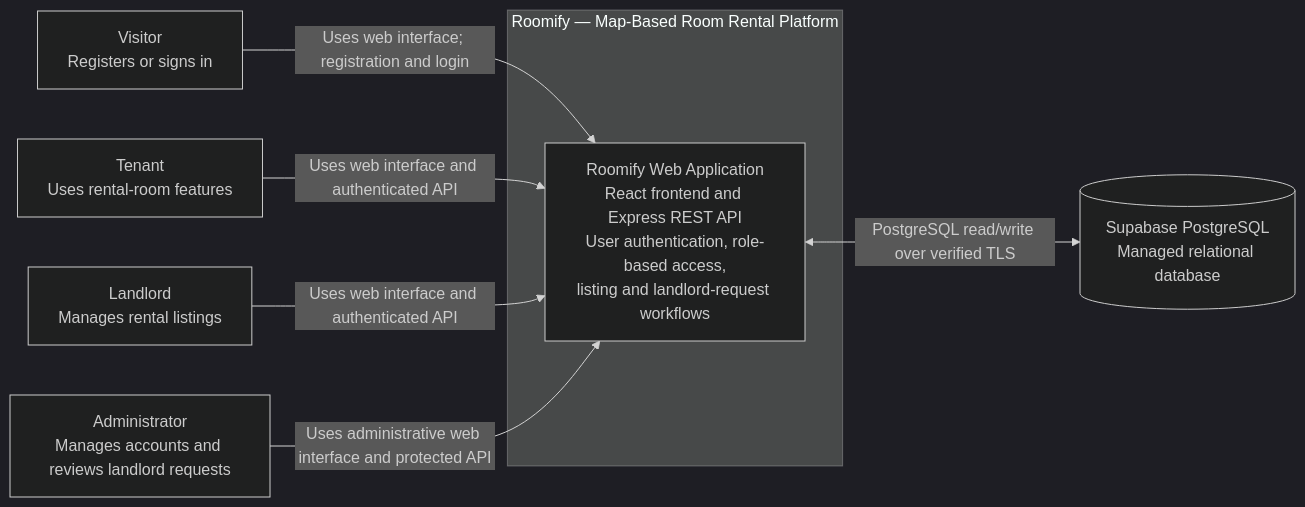
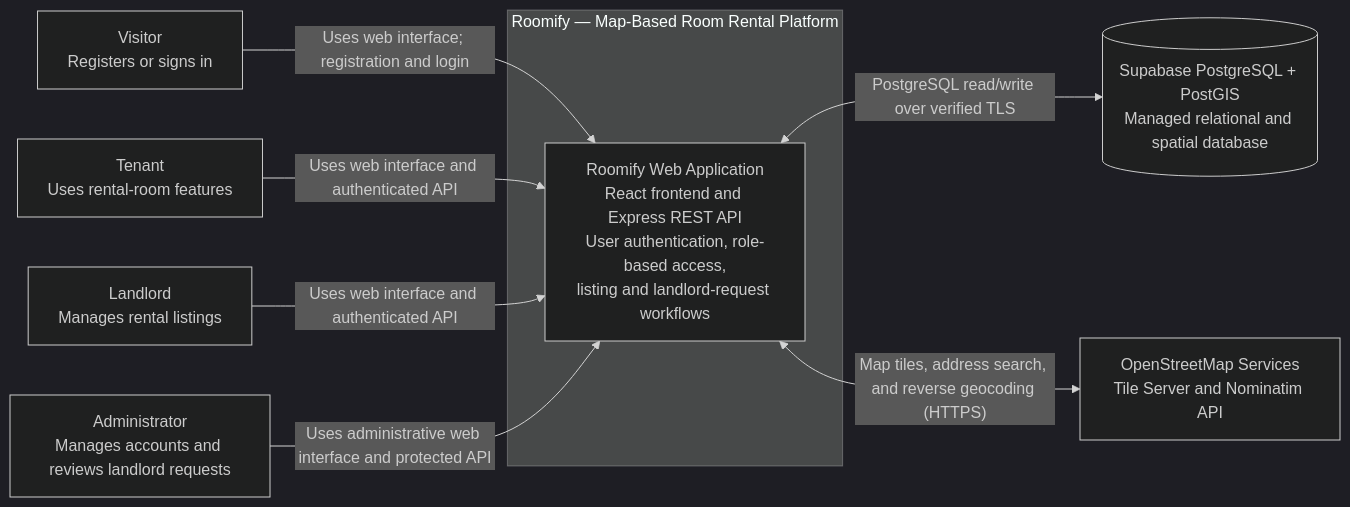
The first of 5 diagrams in docs/analysis-and-design/Architecture.md (hiedan/Roomify), drawn with Mermaid (dark theme) before and after one commit. The commit also changed other lines of this file, not shown here.

Commit message:
docs(architecture): sync Tech Stack and C4 Level 1 with Leaflet, OpenStreetMap, and PostGIS

````diff
--- a/docs/analysis-and-design/Architecture.md
+++ b/docs/analysis-and-design/Architecture.md
@@ -44,19 +46,21 @@
 ```mermaid
 flowchart LR
     Visitor["Visitor<br/>Registers or signs in"]
     Tenant["Tenant<br/>Uses rental-room features"]
     Landlord["Landlord<br/>Manages rental listings"]
     Admin["Administrator<br/>Manages accounts and reviews landlord requests"]
 
     subgraph Roomify["Roomify — Map-Based Room Rental Platform"]
         System["Roomify Web Application<br/>React frontend and Express REST API<br/>User authentication, role-based access,<br/>listing and landlord-request workflows"]
     end
 
-    Supabase[("Supabase PostgreSQL<br/>Managed relational database")]
+    Supabase[("Supabase PostgreSQL + PostGIS<br/>Managed relational and spatial database")]
+    OpenStreetMap["OpenStreetMap Services<br/>Tile Server and Nominatim API"]
 
     Visitor -->|"Uses web interface; registration and login"| System
     Tenant -->|"Uses web interface and authenticated API"| System
     Landlord -->|"Uses web interface and authenticated API"| System
     Admin -->|"Uses administrative web interface and protected API"| System
     System <-->|"PostgreSQL read/write over verified TLS"| Supabase
+    System <-->|"Map tiles, address search, and reverse geocoding (HTTPS)"| OpenStreetMap
 ```
````
